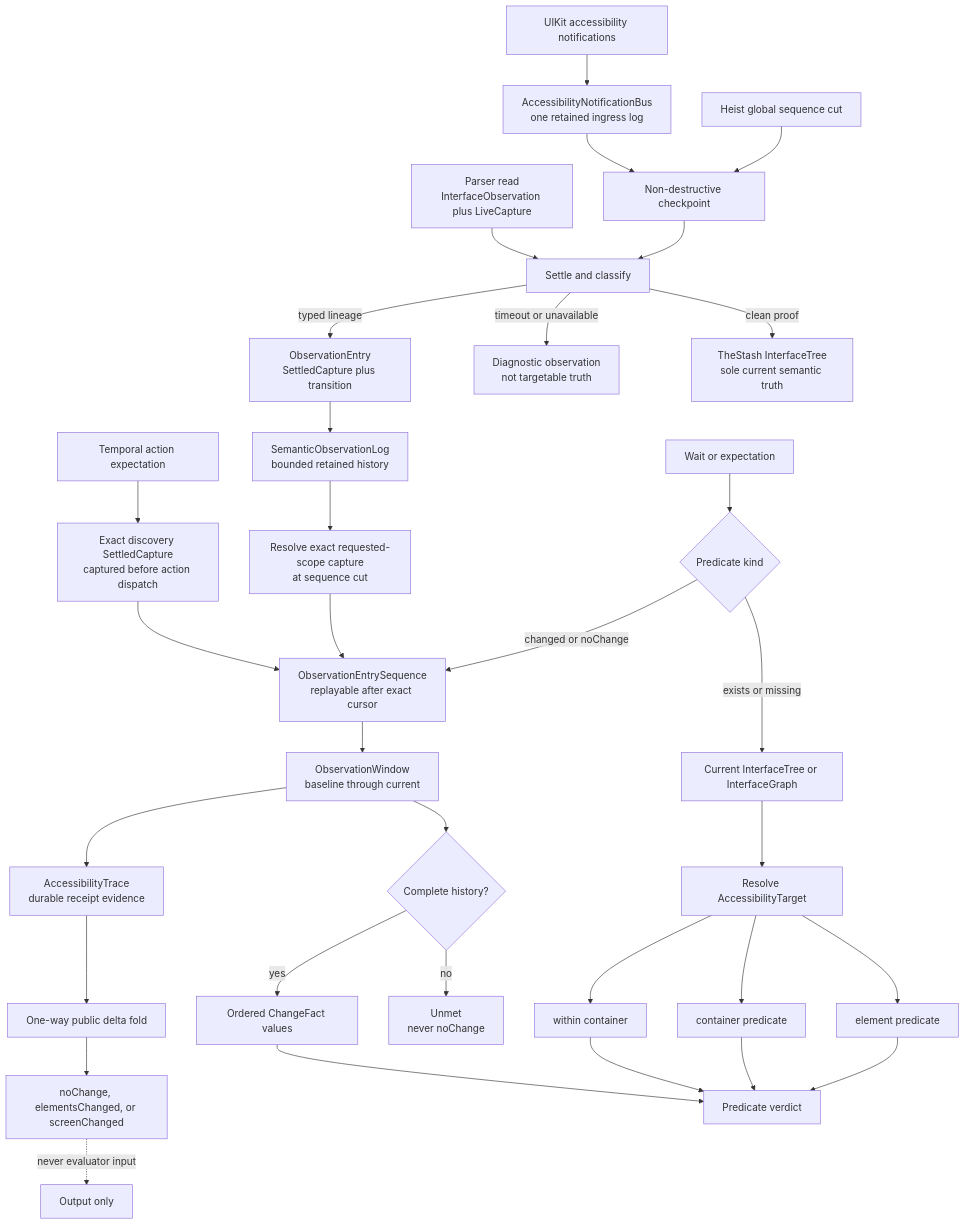
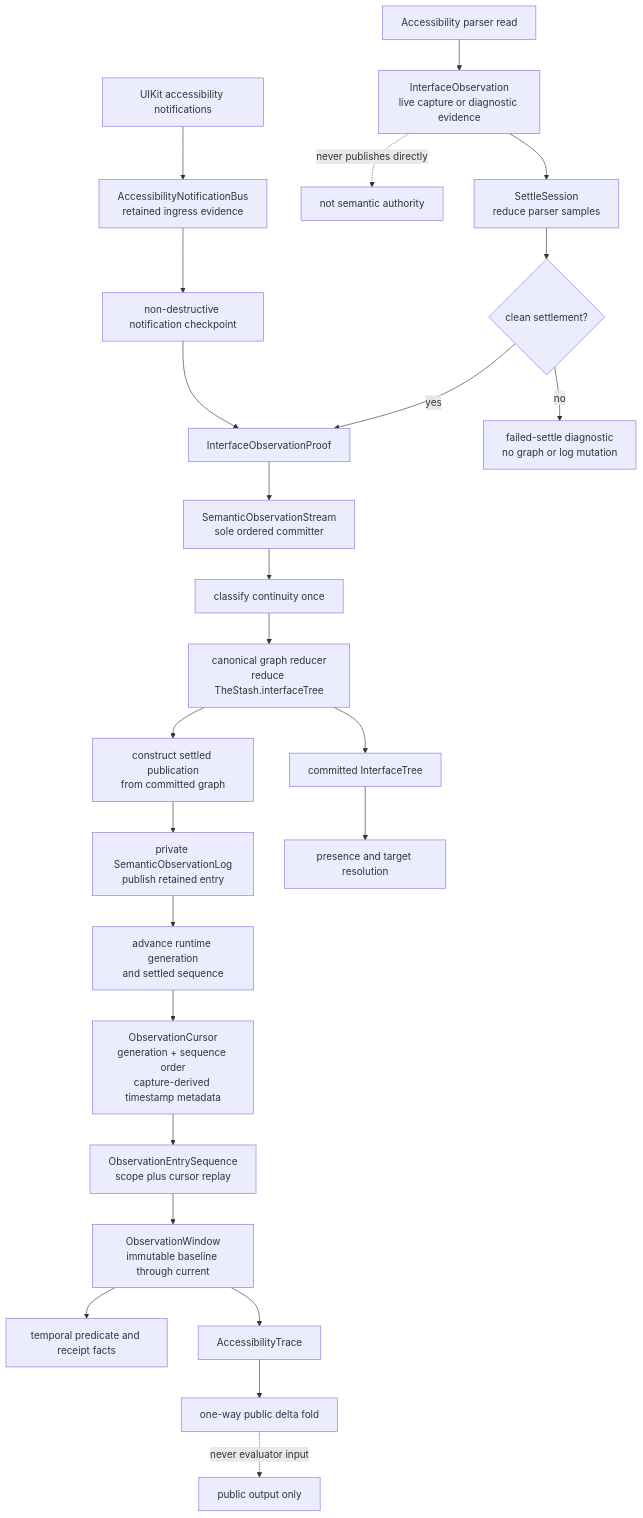
Before and after one commit to RoyalPineapple/TheButtonHeist: the first of 5 diagrams in docs/diagrams/observation-pipeline.md, drawn with Mermaid. The commit also changed other lines of this file and 74 other files, not shown here.

First line of the commit message:
Consolidate semantic observation and viewport pipelines (#1348)

````diff
--- a/docs/diagrams/observation-pipeline.md
+++ b/docs/diagrams/observation-pipeline.md
@@ -25,40 +31,29 @@
 ```mermaid
 flowchart TD
-    Parser["Parser read<br/>InterfaceObservation plus LiveCapture"] --> Settle["Settle and classify"]
-    Signals["UIKit accessibility notifications"] --> Bus["AccessibilityNotificationBus<br/>one retained ingress log"]
-    Cursor["Heist global sequence cut"] --> Checkpoint["Non-destructive checkpoint"]
-    Action["Temporal action expectation"] --> Exact["Exact discovery SettledCapture<br/>captured before action dispatch"]
-    Bus --> Checkpoint
-    Checkpoint --> Settle
+    Parser["Accessibility parser read"] --> Raw["InterfaceObservation<br/>live capture or diagnostic evidence"]
+    Raw --> Settle["SettleSession<br/>reduce parser samples"]
+    Raw -. "never publishes directly" .-> NoAuthority["not semantic authority"]
+    Signals["UIKit accessibility notifications"] --> Bus["AccessibilityNotificationBus<br/>retained ingress evidence"]
+    Bus --> Checkpoint["non-destructive notification checkpoint"]
+    Checkpoint --> Proof
+    Settle --> Clean{"clean settlement?"}
+    Clean -->|no| Diagnostic["failed-settle diagnostic<br/>no graph or log mutation"]
+    Clean -->|yes| Proof["InterfaceObservationProof"]
 
-    Settle -->|clean proof| Tree["TheStash InterfaceTree<br/>sole current semantic truth"]
-    Settle -->|timeout or unavailable| Diagnostic["Diagnostic observation<br/>not targetable truth"]
-    Settle -->|typed lineage| Entry["ObservationEntry<br/>SettledCapture plus transition"]
-    Entry --> Log["SemanticObservationLog<br/>bounded retained history"]
+    Proof --> Committer["SemanticObservationStream<br/>sole ordered committer"]
+    Committer --> Continuity["classify continuity once"]
+    Continuity --> Graph["canonical graph reducer<br/>reduce TheStash.interfaceTree"]
+    Graph --> Publication["construct settled publication<br/>from committed graph"]
+    Publication --> Log["private SemanticObservationLog<br/>publish retained entry"]
+    Log --> Runtime["advance runtime generation<br/>and settled sequence"]
+    Runtime --> Cursor["ObservationCursor<br/>generation + sequence order<br/>capture-derived timestamp metadata"]
+    Cursor --> Entries["ObservationEntrySequence<br/>scope plus cursor replay"]
 
-    Log --> Baseline["Resolve exact requested-scope capture<br/>at sequence cut"]
-    Baseline --> Sequence["ObservationEntrySequence<br/>replayable after exact cursor"]
-    Exact --> Sequence
-    Request["Wait or expectation"] --> Kind{"Predicate kind"}
-
-    Kind -->|exists or missing| Current["Current InterfaceTree or InterfaceGraph"]
-    Current --> Target["Resolve AccessibilityTarget"]
-    Target --> Element["element predicate"]
-    Target --> Container["container predicate"]
-    Target --> Within["within container"]
-    Element --> Verdict["Predicate verdict"]
-    Container --> Verdict
-    Within --> Verdict
-
-    Kind -->|changed or noChange| Sequence
-    Sequence --> Window["ObservationWindow<br/>baseline through current"]
-    Window --> Complete{"Complete history?"}
-    Complete -->|no| Unmet["Unmet<br/>never noChange"]
-    Complete -->|yes| Facts["Ordered ChangeFact values"]
-    Facts --> Verdict
-
-    Window --> Trace["AccessibilityTrace<br/>durable receipt evidence"]
-    Trace --> Fold["One-way public delta fold"]
-    Fold --> Public["noChange, elementsChanged, or screenChanged"]
-    Public -. "never evaluator input" .-> Sink["Output only"]
+    Current["committed InterfaceTree"] --> Presence["presence and target resolution"]
+    Graph --> Current
+    Entries --> Window["ObservationWindow<br/>immutable baseline through current"]
+    Window --> Temporal["temporal predicate and receipt facts"]
+    Window --> Trace["AccessibilityTrace"]
+    Trace --> Delta["one-way public delta fold"]
+    Delta -. "never evaluator input" .-> Output["public output only"]
 ```
````
